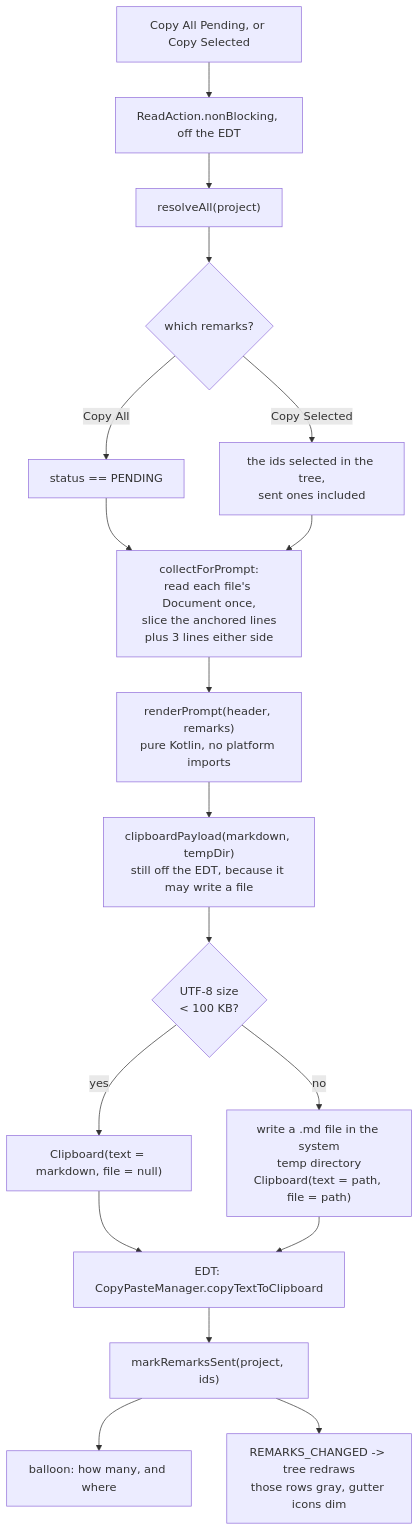
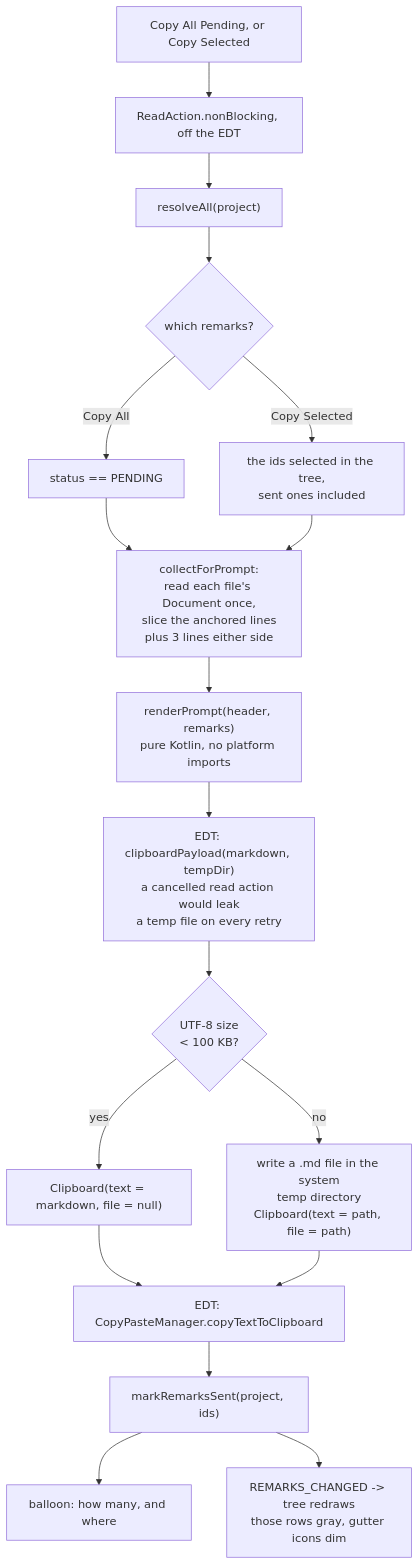
Before and after one commit to p4elkin/claude-remarks: the second of 2 diagrams in docs/plans/20260802-claude-remarks-phase3-4.md, drawn with Mermaid. The commit also changed other lines of this file and 11 other files, not shown here.

````diff
--- a/docs/plans/20260802-claude-remarks-phase3-4.md
+++ b/docs/plans/20260802-claude-remarks-phase3-4.md
@@ -240,20 +240,20 @@
 ```mermaid
 flowchart TD
     A["Copy All Pending, or Copy Selected"] --> B["ReadAction.nonBlocking, off the EDT"]
     B --> C["resolveAll(project)"]
     C --> D{"which remarks?"}
     D -- "Copy All" --> E["status == PENDING"]
     D -- "Copy Selected" --> F["the ids selected in the tree,<br/>sent ones included"]
     E --> G["collectForPrompt:<br/>read each file's Document once,<br/>slice the anchored lines<br/>plus 3 lines either side"]
     F --> G
     G --> H["renderPrompt(header, remarks)<br/>pure Kotlin, no platform imports"]
-    H --> I["clipboardPayload(markdown, tempDir)<br/>still off the EDT, because it may write a file"]
+    H --> I["EDT: clipboardPayload(markdown, tempDir)<br/>a cancelled read action would leak<br/>a temp file on every retry"]
     I --> J{"UTF-8 size<br/>&lt; 100 KB?"}
     J -- "yes" --> K["Clipboard(text = markdown, file = null)"]
     J -- "no" --> L["write a .md file in the system<br/>temp directory<br/>Clipboard(text = path, file = path)"]
     K --> M["EDT: CopyPasteManager.copyTextToClipboard"]
     L --> M
     M --> N["markRemarksSent(project, ids)"]
     N --> O["balloon: how many, and where"]
     N --> P["REMARKS_CHANGED -> tree redraws<br/>those rows gray, gutter icons dim"]
 ```
````
